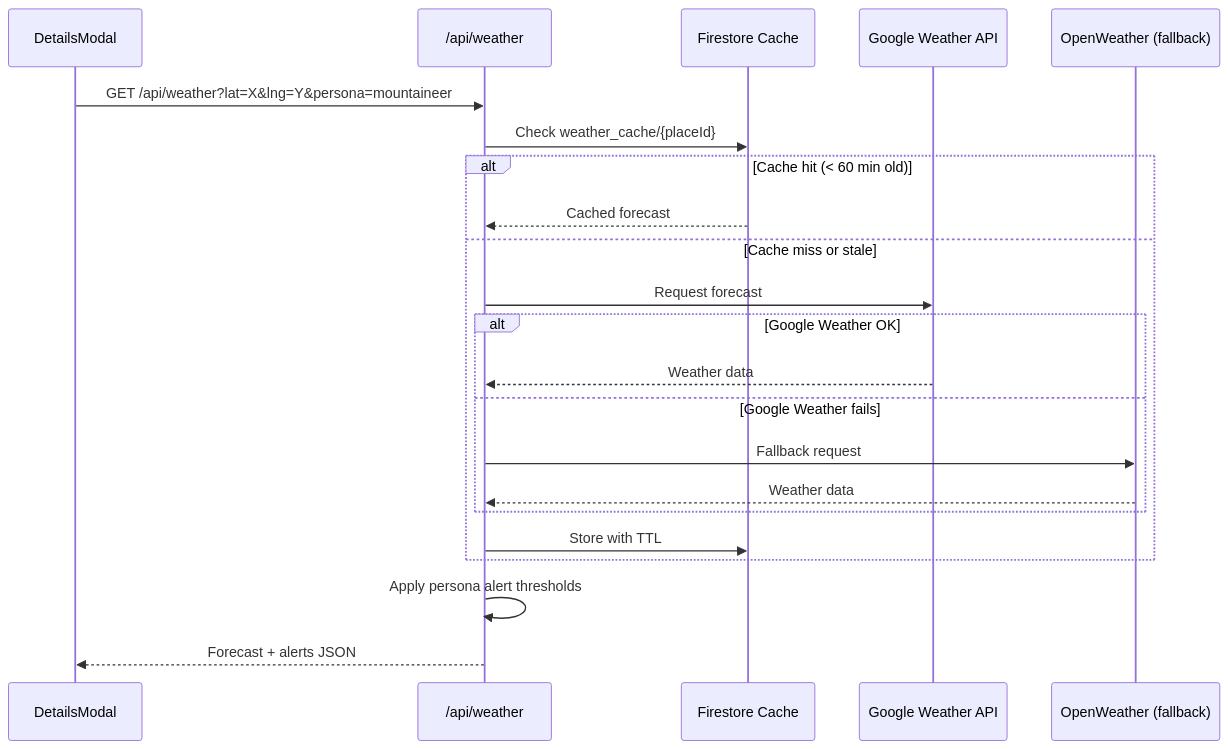
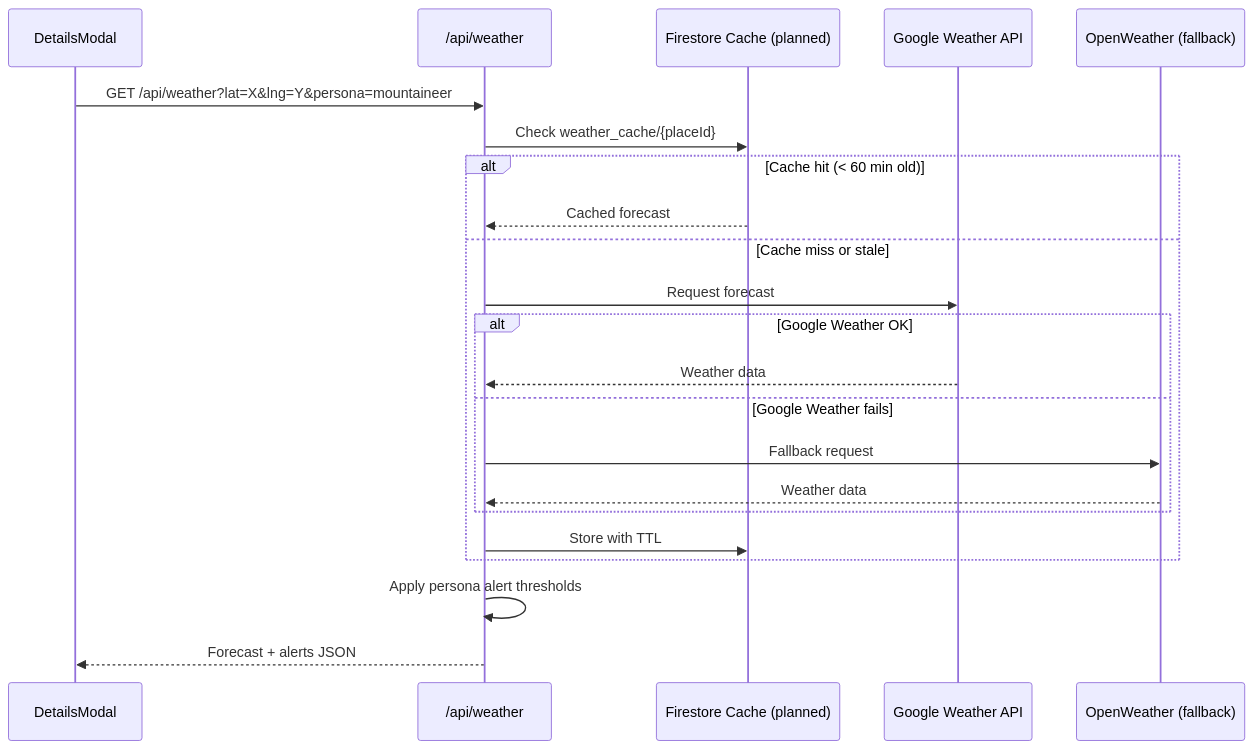
One commit to Oweeboi011/Fit-Ready-IQ changed the fifth of 18 diagrams in docs/solution-plan/SOLUTION-PLAN.md. Above: the diagram before and after it, drawn with Mermaid. The commit also changed other lines of this file, not shown here.

````diff
--- a/docs/solution-plan/SOLUTION-PLAN.md
+++ b/docs/solution-plan/SOLUTION-PLAN.md
@@ -330,25 +332,25 @@
 ```mermaid
 sequenceDiagram
     participant UI as DetailsModal
     participant Route as /api/weather
-    participant Cache as Firestore Cache
+    participant Cache as Firestore Cache (planned)
     participant GW as Google Weather API
     participant OW as OpenWeather (fallback)
 
     UI->>Route: GET /api/weather?lat=X&lng=Y&persona=mountaineer
     Route->>Cache: Check weather_cache/{placeId}
     alt Cache hit (< 60 min old)
         Cache-->>Route: Cached forecast
     else Cache miss or stale
         Route->>GW: Request forecast
         alt Google Weather OK
             GW-->>Route: Weather data
         else Google Weather fails
             Route->>OW: Fallback request
             OW-->>Route: Weather data
         end
         Route->>Cache: Store with TTL
     end
     Route->>Route: Apply persona alert thresholds
     Route-->>UI: Forecast + alerts JSON
 ```
````
